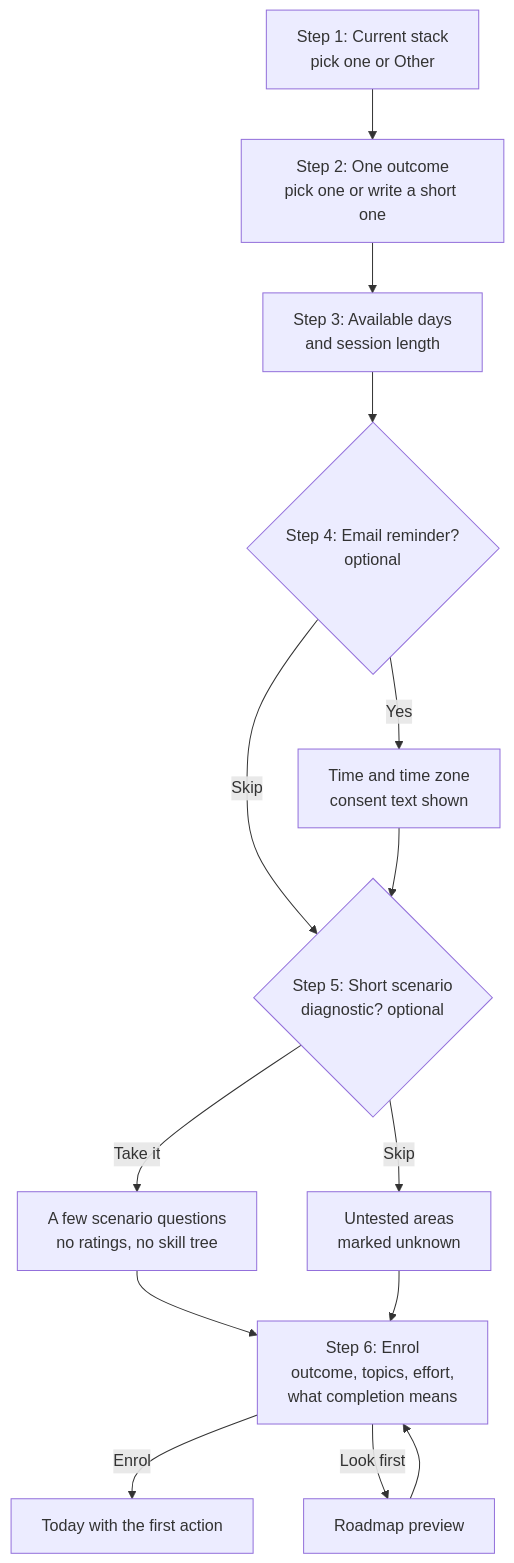
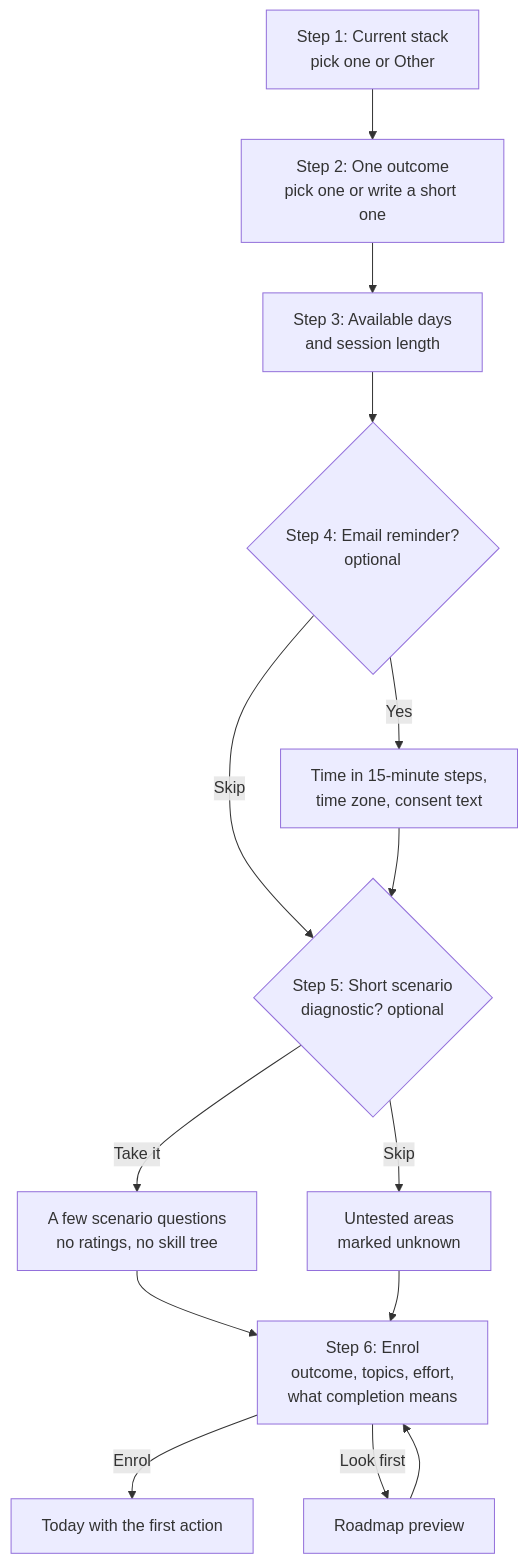
Before and after one commit to GhanshyamSoni68/app_idea: the third of 12 diagrams in devstep/docs/08-ux-and-screens.md, drawn with Mermaid. The commit also changed other lines of this file and 3 other files, not shown here.

````diff
--- a/devstep/docs/08-ux-and-screens.md
+++ b/devstep/docs/08-ux-and-screens.md
@@ -147,16 +156,16 @@
 ```mermaid
 flowchart TD
   B1["Step 1: Current stack<br/>pick one or Other"] --> B2["Step 2: One outcome<br/>pick one or write a short one"]
   B2 --> B3["Step 3: Available days<br/>and session length"]
   B3 --> B4{"Step 4: Email reminder?<br/>optional"}
-  B4 -->|Yes| B5["Time and time zone<br/>consent text shown"]
+  B4 -->|Yes| B5["Time in 15-minute steps,<br/>time zone, consent text"]
   B4 -->|Skip| B6{"Step 5: Short scenario<br/>diagnostic? optional"}
   B5 --> B6
   B6 -->|Take it| B7["A few scenario questions<br/>no ratings, no skill tree"]
   B6 -->|Skip| B8["Untested areas<br/>marked unknown"]
   B7 --> B9["Step 6: Enrol<br/>outcome, topics, effort,<br/>what completion means"]
   B8 --> B9
   B9 -->|Enrol| B10["Today with the first action"]
   B9 -->|Look first| B11["Roadmap preview"]
   B11 --> B9
 ```
````
